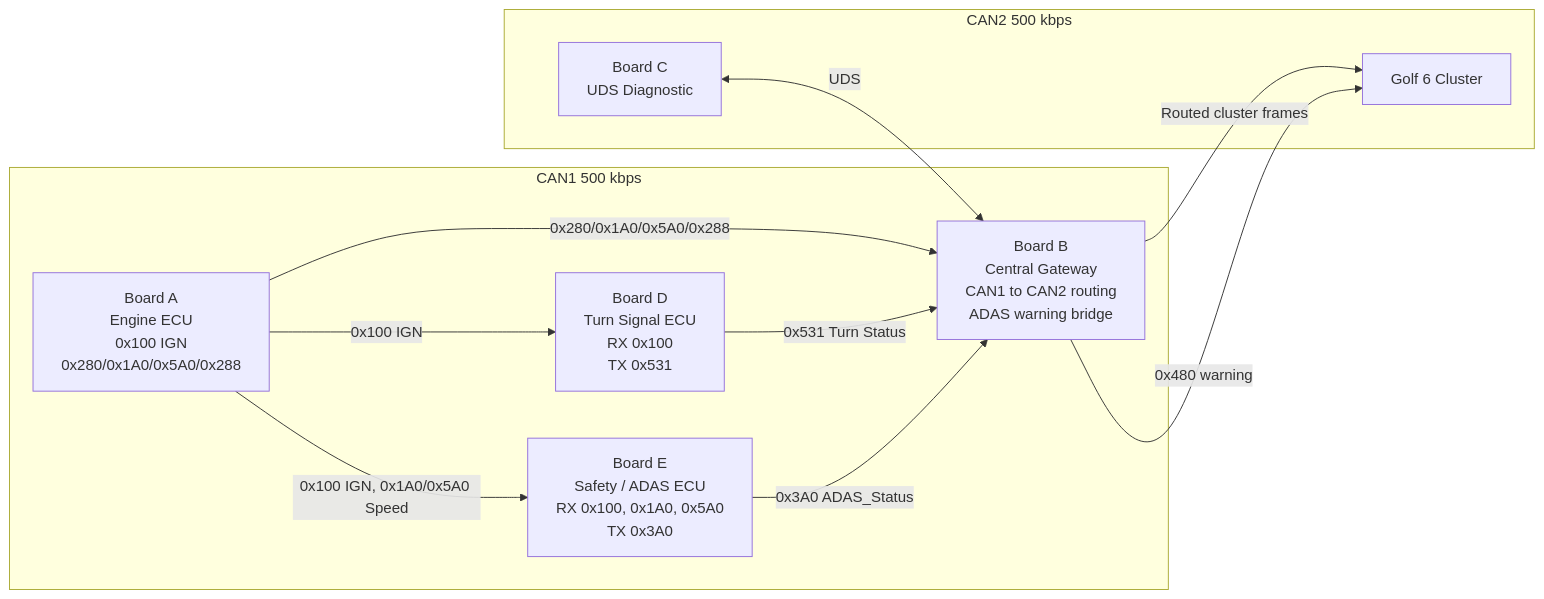
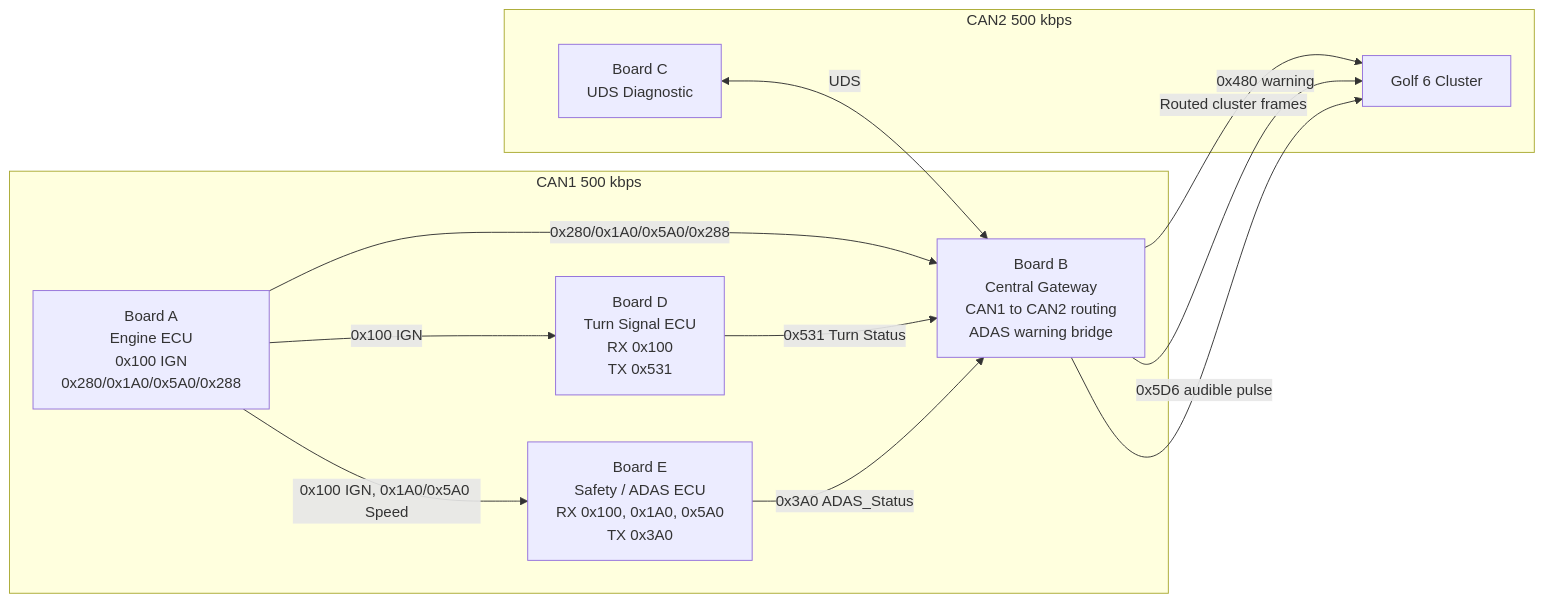
The diagram in README.md (JJiiyun/can-gateway-uds), drawn with Mermaid before and after one commit. The commit also changed other lines of this file and 5 other files, not shown here.

````diff
--- a/README.md
+++ b/README.md
@@ -49,30 +50,31 @@
 ```mermaid
 flowchart LR
     A["Board A<br/>Engine ECU<br/>0x100 IGN<br/>0x280/0x1A0/0x5A0/0x288"]
     D["Board D<br/>Turn Signal ECU<br/>RX 0x100<br/>TX 0x531"]
     E["Board E<br/>Safety / ADAS ECU<br/>RX 0x100, 0x1A0, 0x5A0<br/>TX 0x3A0"]
     B["Board B<br/>Central Gateway<br/>CAN1 to CAN2 routing<br/>ADAS warning bridge"]
     C["Board C<br/>UDS Diagnostic"]
     K["Golf 6 Cluster"]
 
     subgraph CAN1["CAN1 500 kbps"]
         A
         D
         E
         B
     end
 
     subgraph CAN2["CAN2 500 kbps"]
         C
         K
     end
 
     A -->|0x100 IGN| D
     A -->|0x100 IGN, 0x1A0/0x5A0 Speed| E
     A -->|0x280/0x1A0/0x5A0/0x288| B
     D -->|0x531 Turn Status| B
     E -->|0x3A0 ADAS_Status| B
     B -->|Routed cluster frames| K
     B -->|0x480 warning| K
+    B -->|0x5D6 audible pulse| K
     C <-->|UDS| B
 ```
````
